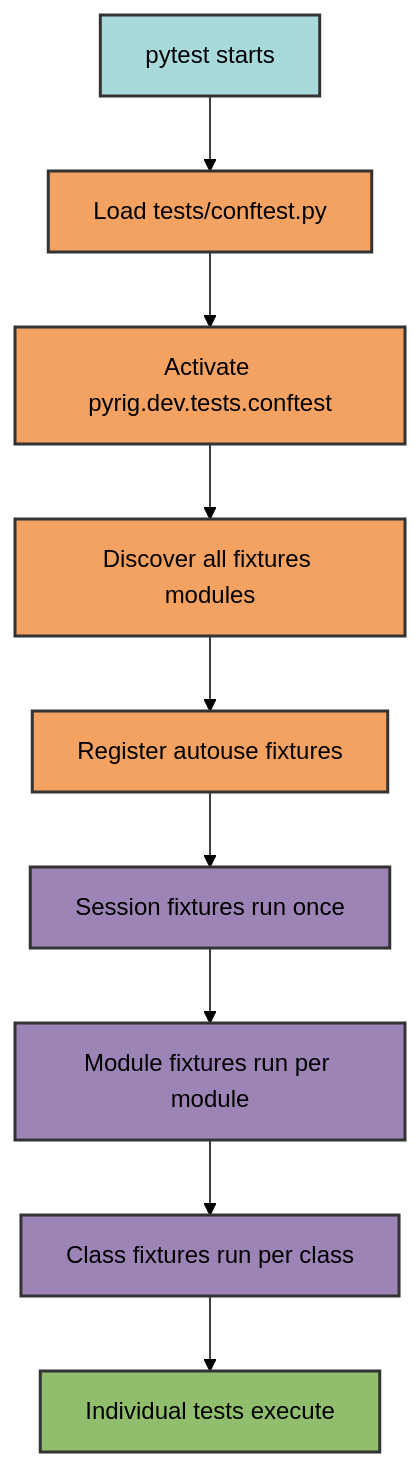
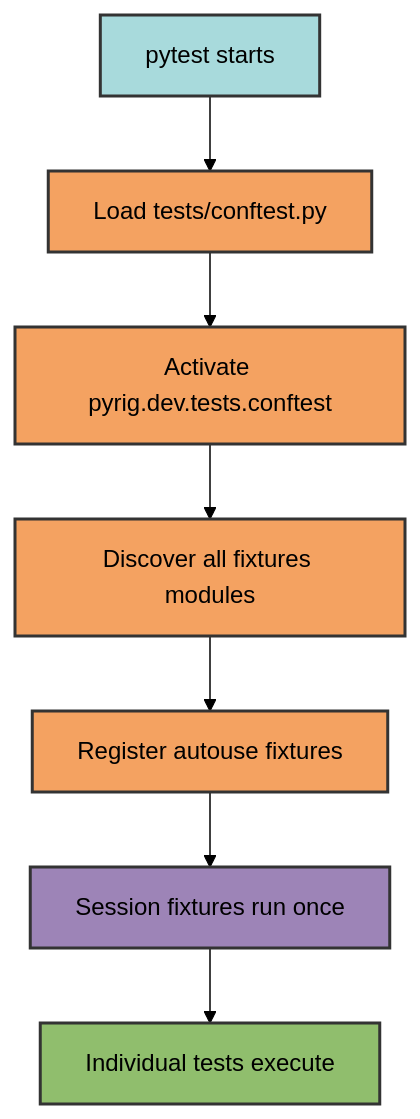
Before and after one commit to Winipedia/py-dev: the first of 2 diagrams in docs/tests/autouse.md, drawn with Mermaid (forest theme). The commit also changed other lines of this file and 14 other files, not shown here.

````diff
--- a/docs/tests/autouse.md
+++ b/docs/tests/autouse.md
@@ -8,21 +8,17 @@
 ```mermaid
 graph TD
     A[pytest starts] --> B[Load tests/conftest.py]
     B --> C[Activate pyrig.dev.tests.conftest]
     C --> D[Discover all fixtures modules]
     D --> E[Register autouse fixtures]
     E --> F[Session fixtures run once]
-    F --> G[Module fixtures run per module]
-    G --> H[Class fixtures run per class]
-    H --> I[Individual tests execute]
+    F --> G[Individual tests execute]
 
     style A fill:#a8dadc,stroke:#333,stroke-width:2px,color:#000
     style B fill:#f4a261,stroke:#333,stroke-width:2px,color:#000
     style C fill:#f4a261,stroke:#333,stroke-width:2px,color:#000
     style D fill:#f4a261,stroke:#333,stroke-width:2px,color:#000
     style E fill:#f4a261,stroke:#333,stroke-width:2px,color:#000
     style F fill:#9d84b7,stroke:#333,stroke-width:2px,color:#000
-    style G fill:#9d84b7,stroke:#333,stroke-width:2px,color:#000
-    style H fill:#9d84b7,stroke:#333,stroke-width:2px,color:#000
-    style I fill:#90be6d,stroke:#333,stroke-width:2px,color:#000
+    style G fill:#90be6d,stroke:#333,stroke-width:2px,color:#000
 ```
````
